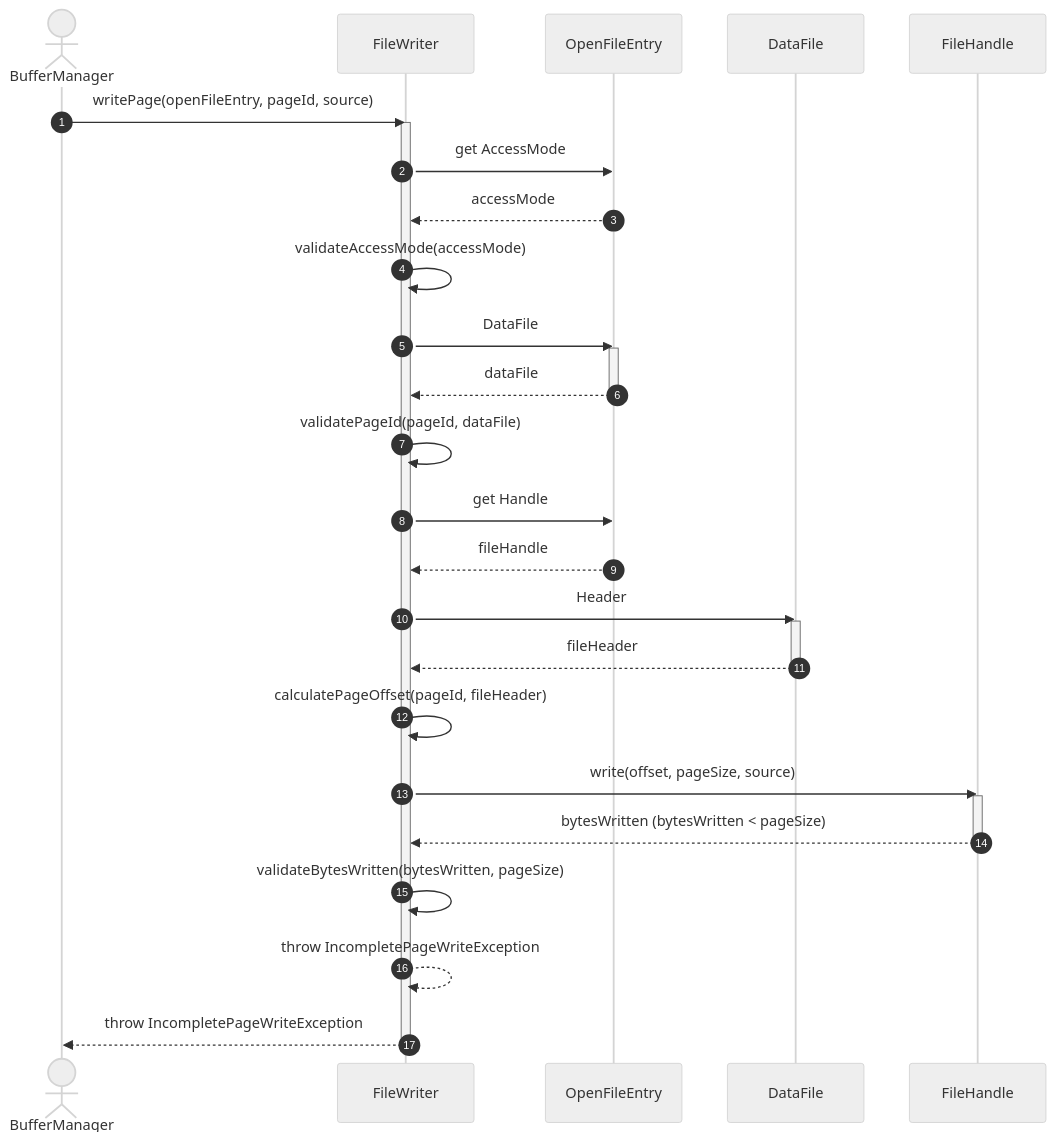
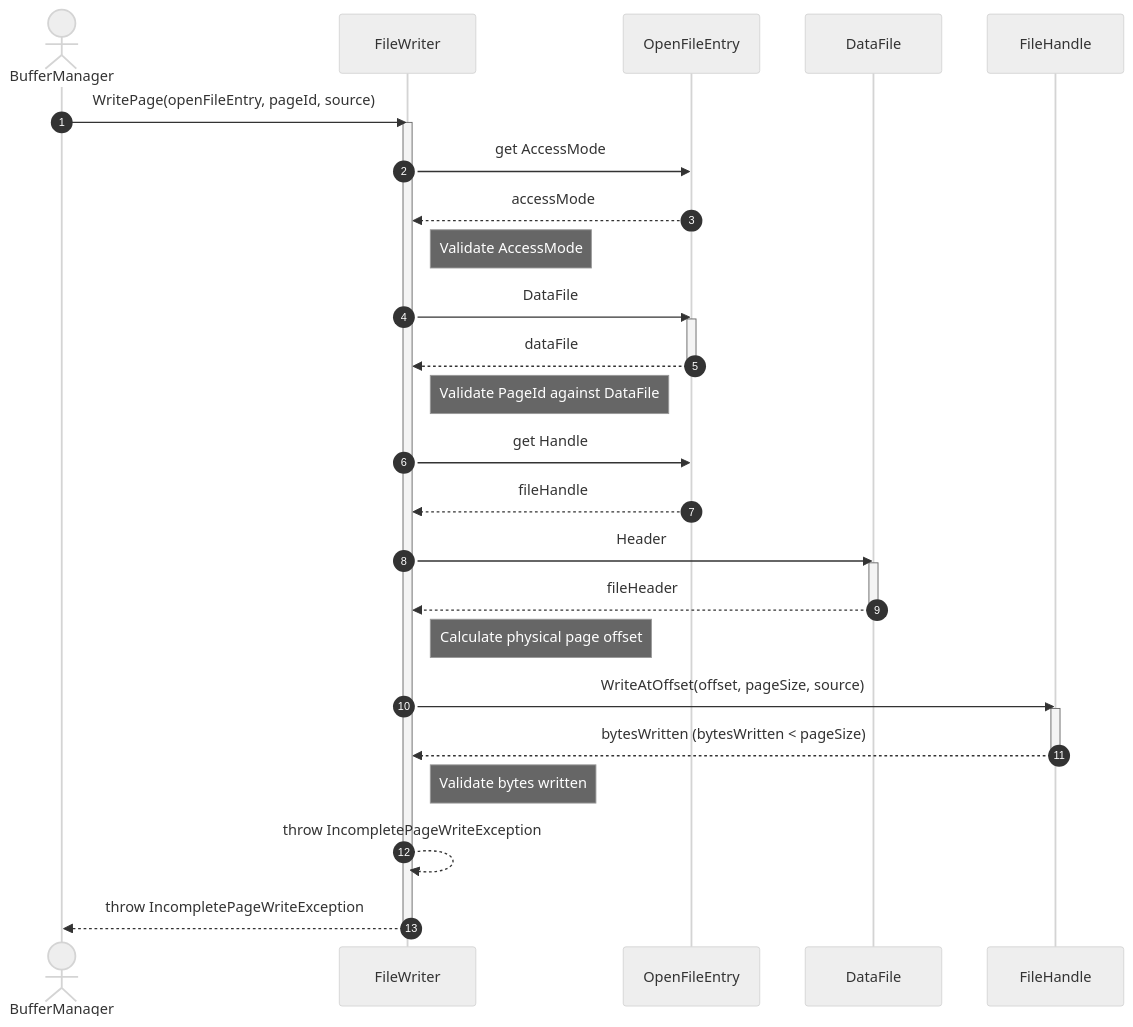
The fourth of 5 diagrams in docs/diagrams/sequence-diagrams/storage-engine/file-management/file-io/write-file.md (manaxpow/DBMS), drawn with Mermaid (neutral theme) before and after one commit. The commit also changed other lines of this file and 98 other files, not shown here.

````diff
--- a/docs/diagrams/sequence-diagrams/storage-engine/file-management/file-io/write-file.md
+++ b/docs/diagrams/sequence-diagrams/storage-engine/file-management/file-io/write-file.md
@@ -113,45 +113,45 @@
 ```mermaid
 sequenceDiagram
     autonumber
     actor BM as BufferManager
     participant FW as FileWriter
     participant OE as OpenFileEntry
     participant DF as DataFile
     participant FH as FileHandle
 
-    BM->>FW: writePage(openFileEntry, pageId, source)
+    BM->>FW: WritePage(openFileEntry, pageId, source)
     activate FW
     
     FW->>OE: get AccessMode
     OE-->>FW: accessMode
     
-    FW->>FW: validateAccessMode(accessMode)
+    note right of FW: Validate AccessMode
     
     FW->>OE: DataFile
     activate OE
     OE-->>FW: dataFile
     deactivate OE
     
-    FW->>FW: validatePageId(pageId, dataFile)
+    note right of FW: Validate PageId against DataFile
     
     FW->>OE: get Handle
     OE-->>FW: fileHandle
     
     FW->>DF: Header
     activate DF
     DF-->>FW: fileHeader
     deactivate DF
     
-    FW->>FW: calculatePageOffset(pageId, fileHeader)
+    note right of FW: Calculate physical page offset
     
-    FW->>FH: write(offset, pageSize, source)
+    FW->>FH: WriteAtOffset(offset, pageSize, source)
     activate FH
     FH-->>FW: bytesWritten (bytesWritten < pageSize)
     deactivate FH
     
-    FW->>FW: validateBytesWritten(bytesWritten, pageSize)
+    note right of FW: Validate bytes written
     FW-->>FW: throw IncompletePageWriteException
     
     FW-->>BM: throw IncompletePageWriteException
     deactivate FW
 ```
````
